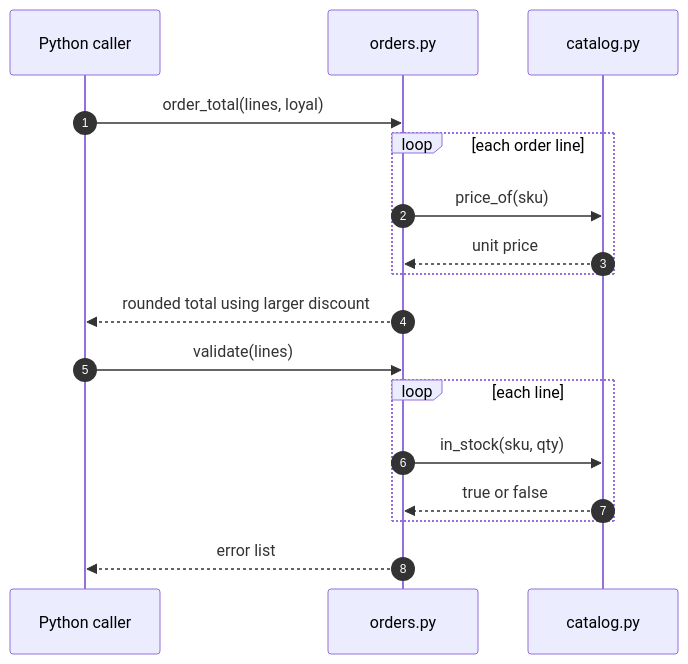
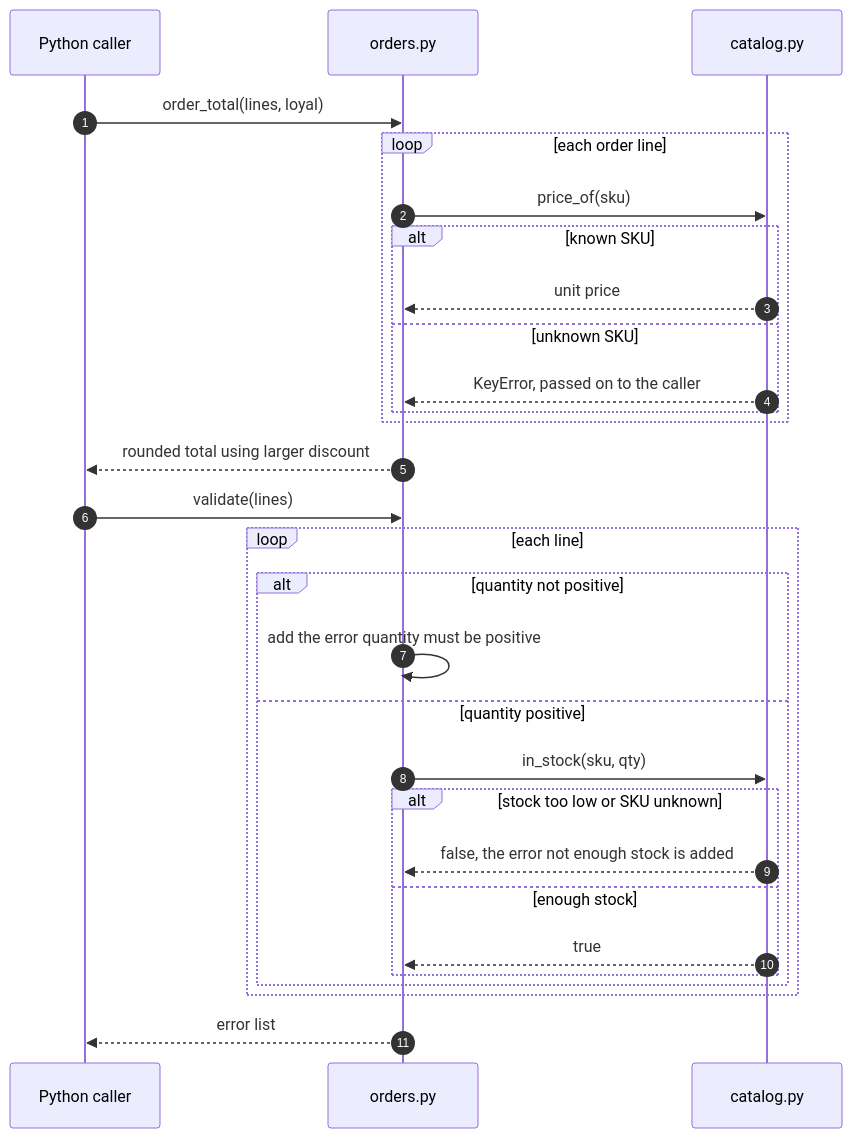
The sixth of 10 diagrams in codebase-analysis/hld/05-key-flows.md (vishalc412/bible-mode-b-test), drawn with Mermaid before and after one commit. The commit also changed other lines of this file and 38 other files, not shown here.

````diff
--- a/codebase-analysis/hld/05-key-flows.md
+++ b/codebase-analysis/hld/05-key-flows.md
@@ -232,19 +272,31 @@
 ```mermaid
 sequenceDiagram
   autonumber
   participant Caller as Python caller
   participant Orders as orders.py
   participant Catalog as catalog.py
   Caller->>Orders: order_total(lines, loyal)
   loop each order line
     Orders->>Catalog: price_of(sku)
-    Catalog-->>Orders: unit price
+    alt known SKU
+      Catalog-->>Orders: unit price
+    else unknown SKU
+      Catalog-->>Orders: KeyError, passed on to the caller
+    end
   end
   Orders-->>Caller: rounded total using larger discount
   Caller->>Orders: validate(lines)
   loop each line
-    Orders->>Catalog: in_stock(sku, qty)
-    Catalog-->>Orders: true or false
+    alt quantity not positive
+      Orders->>Orders: add the error quantity must be positive
+    else quantity positive
+      Orders->>Catalog: in_stock(sku, qty)
+      alt stock too low or SKU unknown
+        Catalog-->>Orders: false, the error not enough stock is added
+      else enough stock
+        Catalog-->>Orders: true
+      end
+    end
   end
   Orders-->>Caller: error list
 ```
````
